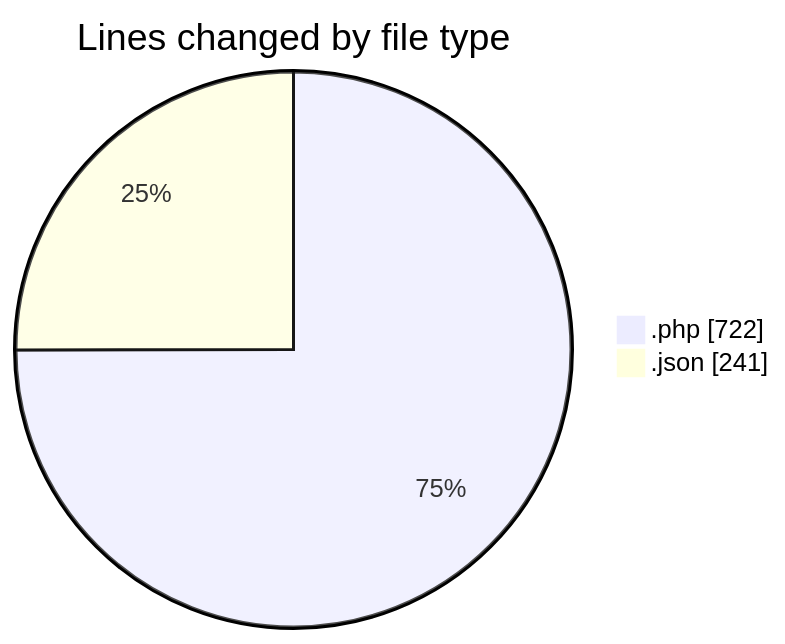
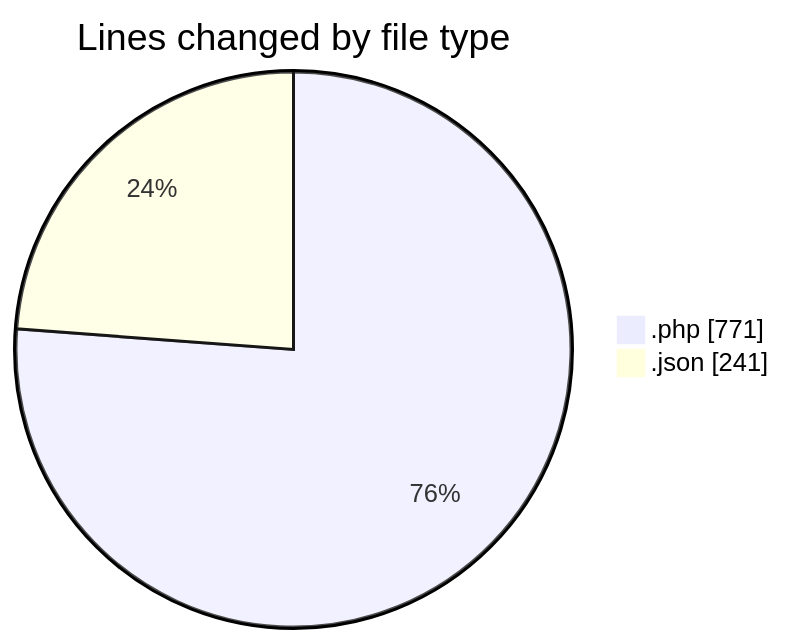
The first of 2 diagrams in 2025-03-30/autodidak/README.md (idhammustaqopulfikri/code-tracking), drawn with Mermaid before and after one commit. The commit also changed other lines of this file and 1 other file, not shown here.

````diff
--- a/2025-03-30/autodidak/README.md
+++ b/2025-03-30/autodidak/README.md
@@ -27,6 +28,6 @@
 ```mermaid
 pie showData
 title Lines changed by file type
-".php" : 722
+".php" : 771
 ".json" : 241
 ```
````
